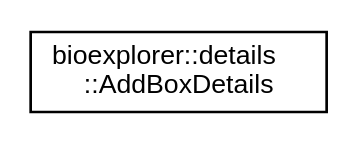
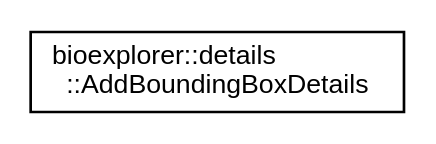
One commit to BlueBrain/BioExplorer changed the diagram in docs/inherit_graph_11.dot. Above: the diagram before and after it, drawn with Graphviz. The commit also changed 458 other files, not shown here.

```diff
--- a/docs/inherit_graph_11.dot
+++ b/docs/inherit_graph_11.dot
@@ -1,8 +1,8 @@
 digraph "Graphical Class Hierarchy"
 {
  // LATEX_PDF_SIZE
   edge [fontname="Helvetica",fontsize="10",labelfontname="Helvetica",labelfontsize="10"];
   node [fontname="Helvetica",fontsize="10",shape=record];
   rankdir="LR";
-  Node0 [label="bioexplorer::details\l::AddBoxDetails",height=0.2,width=0.4,color="black", fillcolor="white", style="filled",URL="$d8/d5c/structbioexplorer_1_1details_1_1AddBoxDetails.html",tooltip="Defines the parameters needed when adding box to the scene."];
+  Node0 [label="bioexplorer::details\l::AddBoundingBoxDetails",height=0.2,width=0.4,color="black", fillcolor="white", style="filled",URL="$dc/d45/structbioexplorer_1_1details_1_1AddBoundingBoxDetails.html",tooltip="Defines the parameters needed when adding bounding box to the scene."];
 }
```
